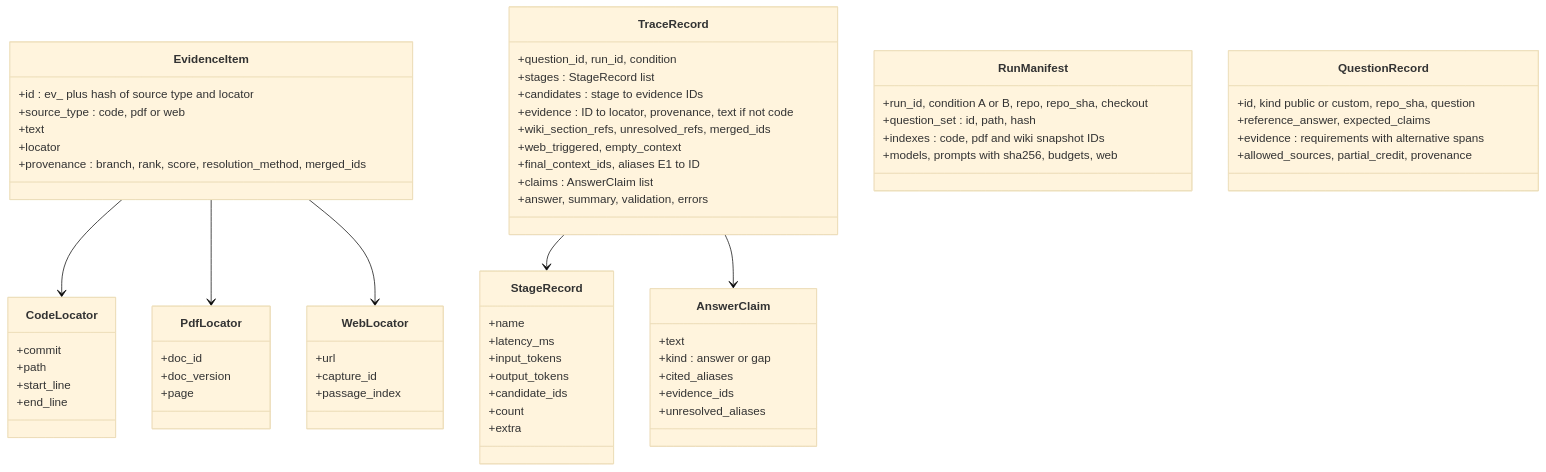
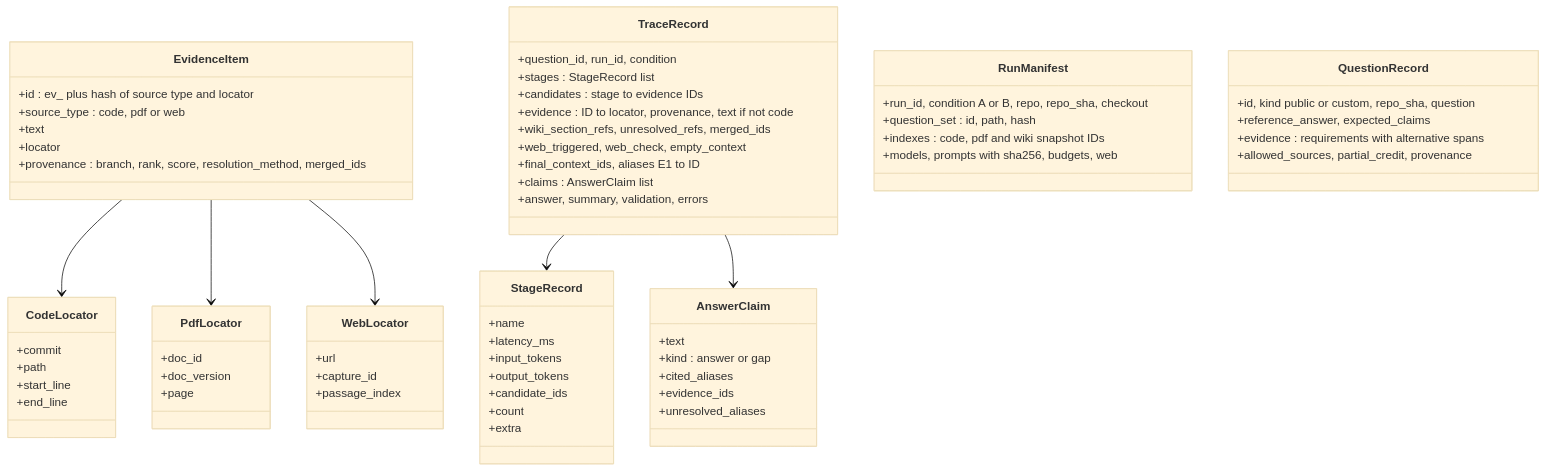
One commit to andresdp/design-wiki-bridge changed the sixth of 9 diagrams in docs/architecture.md. Above: the diagram before and after it, drawn with Mermaid (base theme). The commit also changed other lines of this file and 3 other files, not shown here.

````diff
--- a/docs/architecture.md
+++ b/docs/architecture.md
@@ -200,72 +204,72 @@
 ```mermaid
 classDiagram
     class EvidenceItem {
         +id : ev_ plus hash of source type and locator
         +source_type : code, pdf or web
         +text
         +locator
         +provenance : branch, rank, score, resolution_method, merged_ids
     }
     class CodeLocator {
         +commit
         +path
         +start_line
         +end_line
     }
     class PdfLocator {
         +doc_id
         +doc_version
         +page
     }
     class WebLocator {
         +url
         +capture_id
         +passage_index
     }
     EvidenceItem --> CodeLocator
     EvidenceItem --> PdfLocator
     EvidenceItem --> WebLocator
 
     class TraceRecord {
         +question_id, run_id, condition
         +stages : StageRecord list
         +candidates : stage to evidence IDs
         +evidence : ID to locator, provenance, text if not code
         +wiki_section_refs, unresolved_refs, merged_ids
-        +web_triggered, empty_context
+        +web_triggered, web_check, empty_context
         +final_context_ids, aliases E1 to ID
         +claims : AnswerClaim list
         +answer, summary, validation, errors
     }
     class StageRecord {
         +name
         +latency_ms
         +input_tokens
         +output_tokens
         +candidate_ids
         +count
         +extra
     }
     class AnswerClaim {
         +text
         +kind : answer or gap
         +cited_aliases
         +evidence_ids
         +unresolved_aliases
     }
     TraceRecord --> StageRecord
     TraceRecord --> AnswerClaim
 
     class RunManifest {
         +run_id, condition A or B, repo, repo_sha, checkout
         +question_set : id, path, hash
         +indexes : code, pdf and wiki snapshot IDs
         +models, prompts with sha256, budgets, web
     }
     class QuestionRecord {
         +id, kind public or custom, repo_sha, question
         +reference_answer, expected_claims
         +evidence : requirements with alternative spans
         +allowed_sources, partial_credit, provenance
     }
 ```
````
